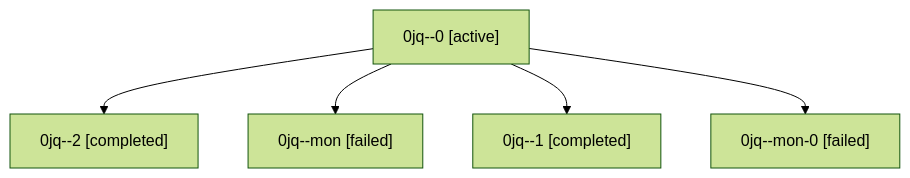
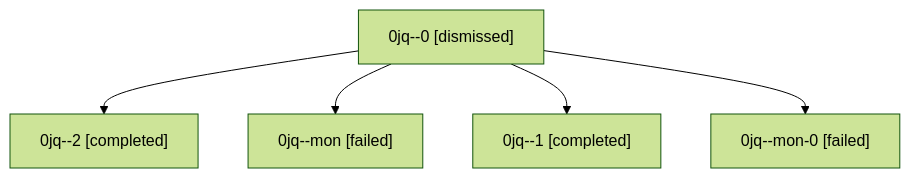
One commit to sase-org/sase--agents changed the diagram in sessions/bbugyi200.athena.0jq.md. Above: the diagram before and after it, drawn with Mermaid (forest theme). The commit also changed other lines of this file and 44 other files, not shown here.

````diff
--- a/sessions/bbugyi200.athena.0jq.md
+++ b/sessions/bbugyi200.athena.0jq.md
@@ -9,12 +9,12 @@
 ```mermaid
 flowchart TD
-  n0["0jq--0 [active]"]
+  n0["0jq--0 [dismissed]"]
   n1["0jq--2 [completed]"]
   n0 --> n1
   n2["0jq--mon [failed]"]
   n0 --> n2
   n3["0jq--1 [completed]"]
   n0 --> n3
   n4["0jq--mon-0 [failed]"]
   n0 --> n4
 ```
````
